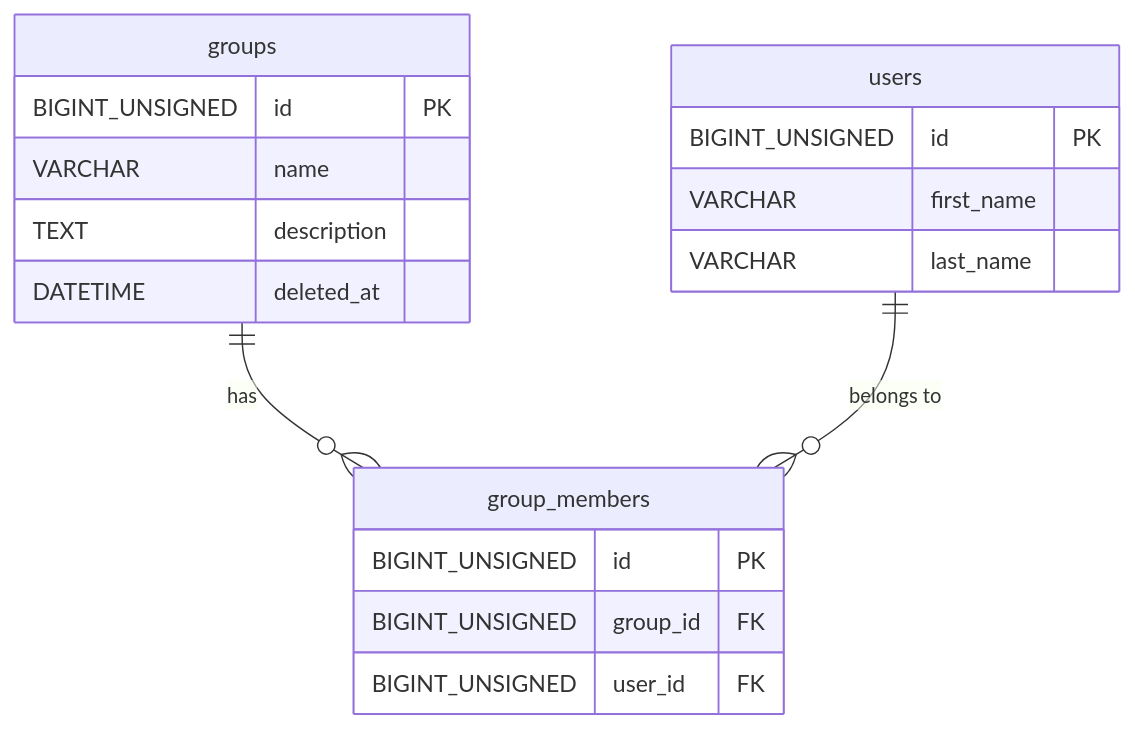
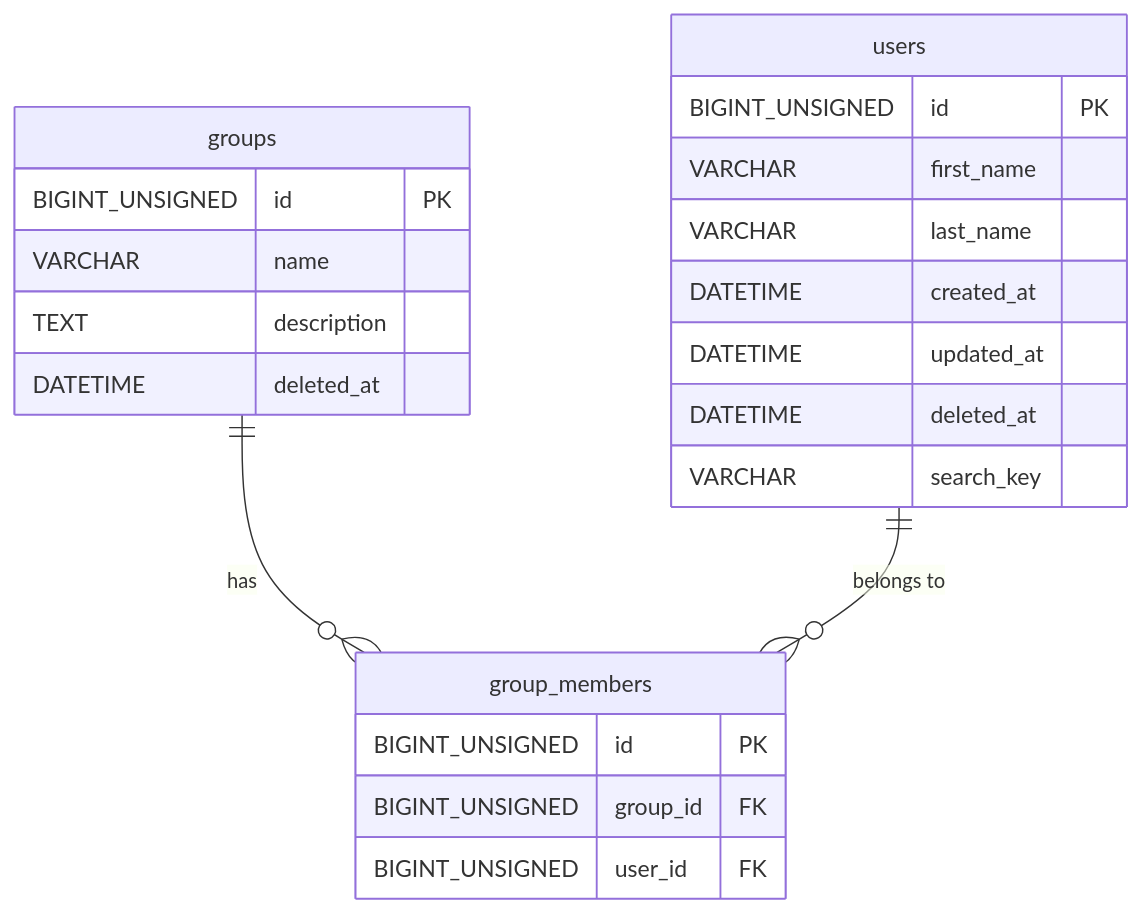
Before and after one commit to hrk-m/spec-to-dev-workflow: the diagram in plans/schema.md, drawn with Mermaid. The commit also changed other lines of this file and 16 other files, not shown here.

````diff
--- a/plans/schema.md
+++ b/plans/schema.md
@@ -194,21 +206,25 @@
 ```mermaid
 erDiagram
     groups {
         BIGINT_UNSIGNED id PK
         VARCHAR name
         TEXT description
         DATETIME deleted_at
     }
     group_members {
         BIGINT_UNSIGNED id PK
         BIGINT_UNSIGNED group_id FK
         BIGINT_UNSIGNED user_id FK
     }
     users {
         BIGINT_UNSIGNED id PK
         VARCHAR first_name
         VARCHAR last_name
+        DATETIME created_at
+        DATETIME updated_at
+        DATETIME deleted_at
+        VARCHAR search_key
     }
     groups ||--o{ group_members : "has"
     users ||--o{ group_members : "belongs to"
 ```
````
